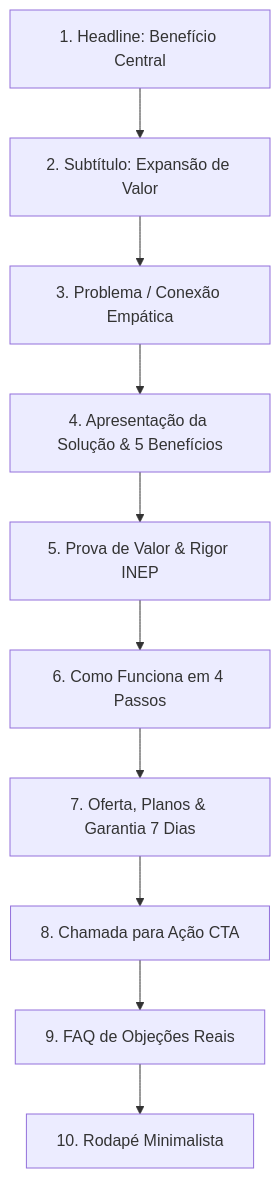
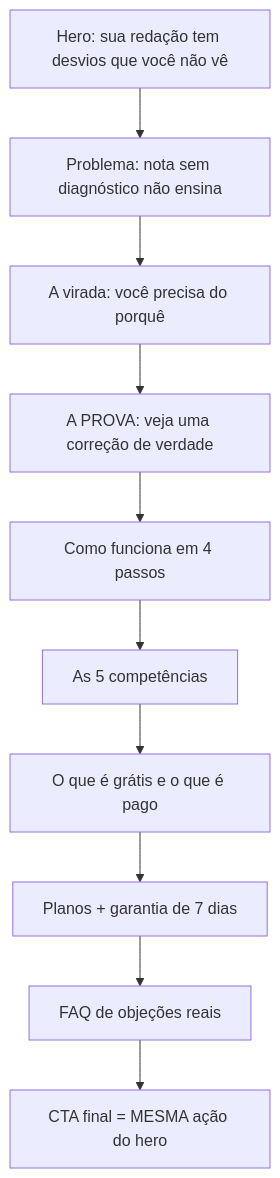
One commit to jeanrj987/enem-nota-1000 changed the diagram in Vault/01 - Visão Geral & Negócio/Estratégia de Vendas & Copywriting.md. Above: the diagram before and after it, drawn with Mermaid. The commit also changed other lines of this file and 3 other files, not shown here.

````diff
--- a/Vault/01 - Visão Geral & Negócio/Estratégia de Vendas & Copywriting.md
+++ b/Vault/01 - Visão Geral & Negócio/Estratégia de Vendas & Copywriting.md
@@ -27,12 +26,12 @@
 ```mermaid
 graph TD
-    A[1. Headline: Benefício Central] --> B[2. Subtítulo: Expansão de Valor]
-    B --> C[3. Problema / Conexão Empática]
-    C --> D[4. Apresentação da Solução & 5 Benefícios]
-    D --> E[5. Prova de Valor & Rigor INEP]
-    E --> F[6. Como Funciona em 4 Passos]
-    F --> G[7. Oferta, Planos & Garantia 7 Dias]
-    G --> H[8. Chamada para Ação CTA]
-    H --> I[9. FAQ de Objeções Reais]
-    I --> J[10. Rodapé Minimalista]
+    A[Hero: sua redação tem desvios que você não vê] --> B[Problema: nota sem diagnóstico não ensina]
+    B --> C[A virada: você precisa do porquê]
+    C --> D[A PROVA: veja uma correção de verdade]
+    D --> E[Como funciona em 4 passos]
+    E --> F[As 5 competências]
+    F --> G[O que é grátis e o que é pago]
+    G --> H[Planos + garantia de 7 dias]
+    H --> I[FAQ de objeções reais]
+    I --> J[CTA final = MESMA ação do hero]
 ```
````
